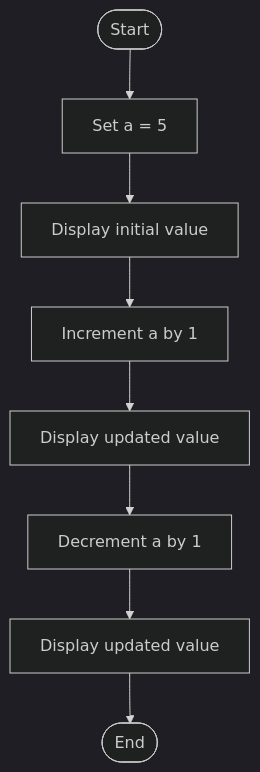
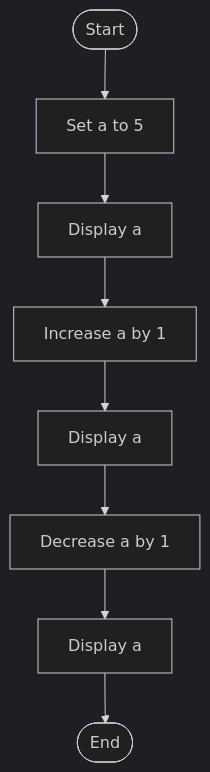
The first of 3 diagrams in Lab-06-Increment-Decrement-and-Assignment-Operators/README.md (tonmoy222/C-programming-lab-work-Batch-34), drawn with Mermaid (dark theme) before and after one commit. The commit also changed other lines of this file, not shown here.

````diff
--- a/Lab-06-Increment-Decrement-and-Assignment-Operators/README.md
+++ b/Lab-06-Increment-Decrement-and-Assignment-Operators/README.md
@@ -14,10 +15,10 @@
 ```mermaid
 flowchart TD
-    A([Start]) --> B["Set a = 5"]
-    B --> C["Display initial value"]
-    C --> D["Increment a by 1"]
-    D --> E["Display updated value"]
-    E --> F["Decrement a by 1"]
-    F --> G["Display updated value"]
+    A([Start]) --> B["Set a to 5"]
+    B --> C["Display a"]
+    C --> D["Increase a by 1"]
+    D --> E["Display a"]
+    E --> F["Decrease a by 1"]
+    F --> G["Display a"]
     G --> H([End])
 ```
````
